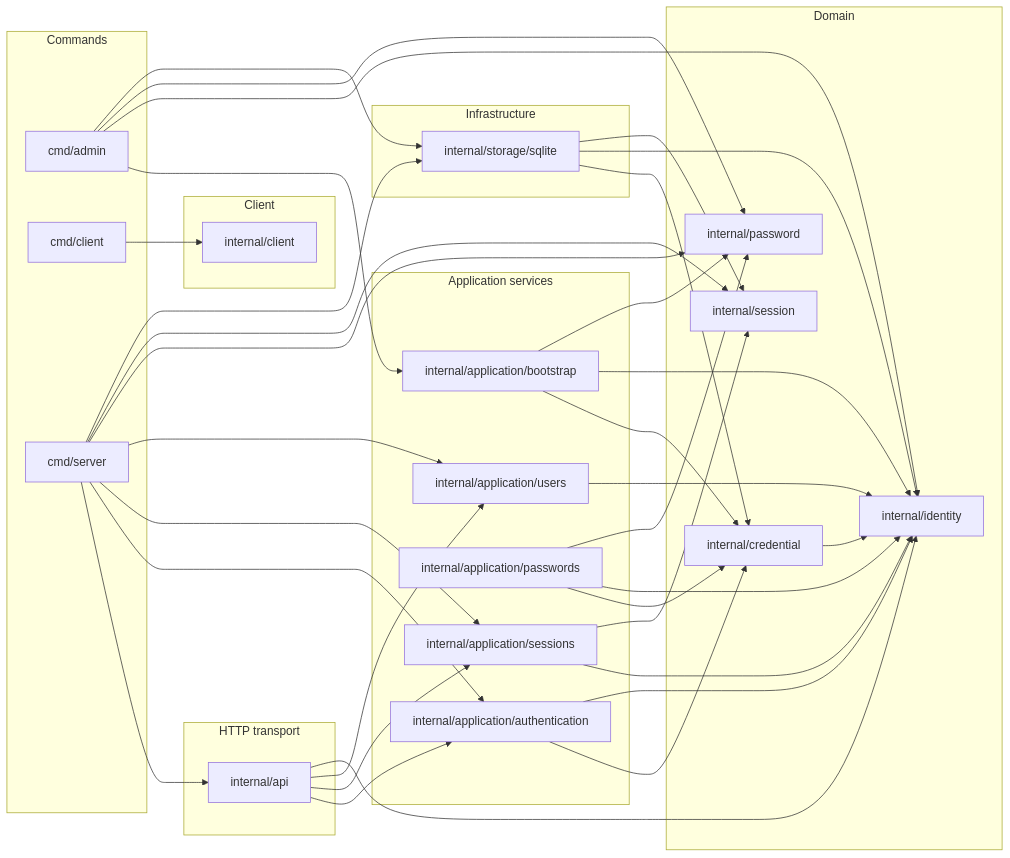
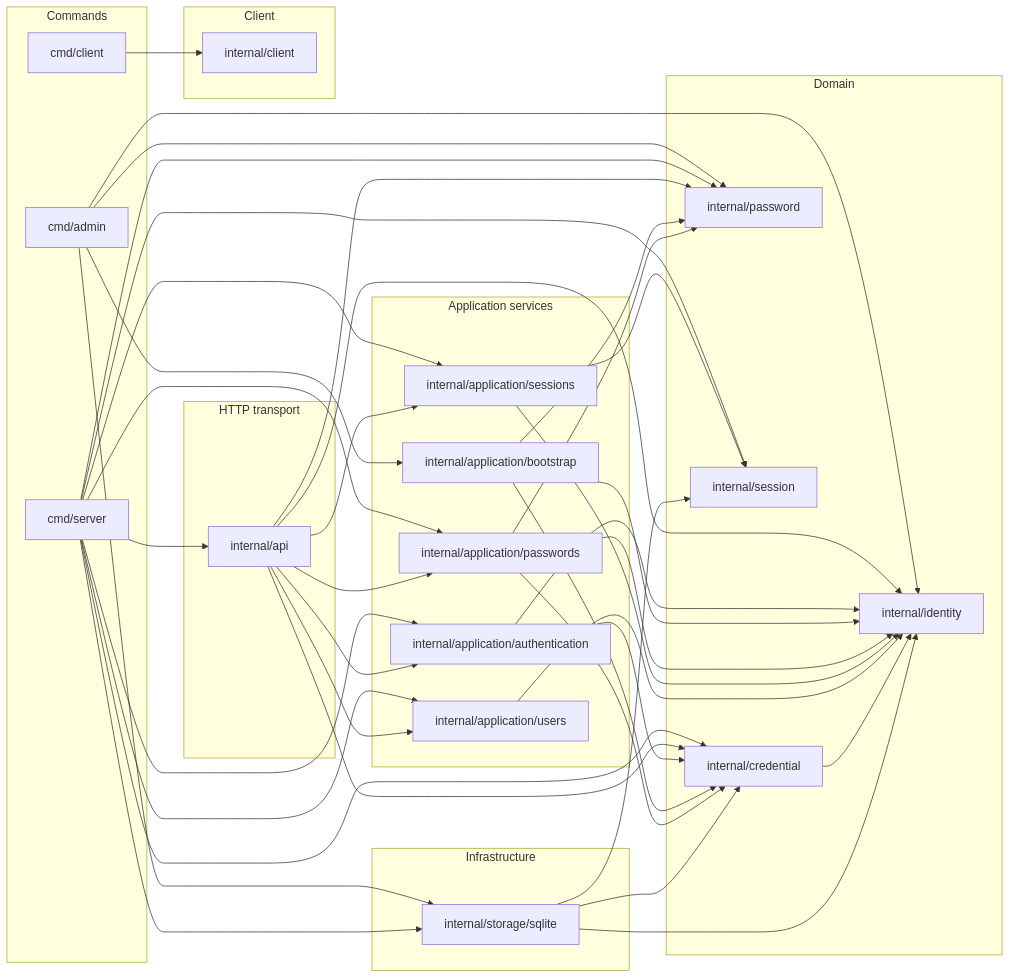
One commit to ebe542/go-mediaarchive changed the diagram in docs/architecture.md. Above: the diagram before and after it, drawn with Mermaid. The commit also changed 10 other files, not shown here.

````diff
--- a/docs/architecture.md
+++ b/docs/architecture.md
@@ -21,61 +21,66 @@
 ```mermaid
 flowchart LR
   subgraph commands["Commands"]
     package0["cmd/admin"]
     package1["cmd/client"]
     package2["cmd/server"]
   end
   subgraph transport["HTTP transport"]
     package3["internal/api"]
   end
   subgraph application["Application services"]
     package4["internal/application/authentication"]
     package5["internal/application/bootstrap"]
     package6["internal/application/passwords"]
     package7["internal/application/sessions"]
     package8["internal/application/users"]
   end
   subgraph domain["Domain"]
     package10["internal/credential"]
     package11["internal/identity"]
     package12["internal/password"]
     package13["internal/session"]
   end
   subgraph infrastructure["Infrastructure"]
     package14["internal/storage/sqlite"]
   end
   subgraph client["Client"]
     package9["internal/client"]
   end
   package0 --> package5
   package0 --> package11
   package0 --> package12
   package0 --> package14
   package1 --> package9
   package2 --> package3
   package2 --> package4
+  package2 --> package6
   package2 --> package7
   package2 --> package8
+  package2 --> package10
   package2 --> package12
   package2 --> package13
   package2 --> package14
   package3 --> package4
+  package3 --> package6
   package3 --> package7
   package3 --> package8
+  package3 --> package10
   package3 --> package11
+  package3 --> package12
   package4 --> package10
   package4 --> package11
   package5 --> package10
   package5 --> package11
   package5 --> package12
   package6 --> package10
   package6 --> package11
   package6 --> package12
   package7 --> package11
   package7 --> package13
   package8 --> package11
   package10 --> package11
   package14 --> package10
   package14 --> package11
   package14 --> package13
 ```
````
